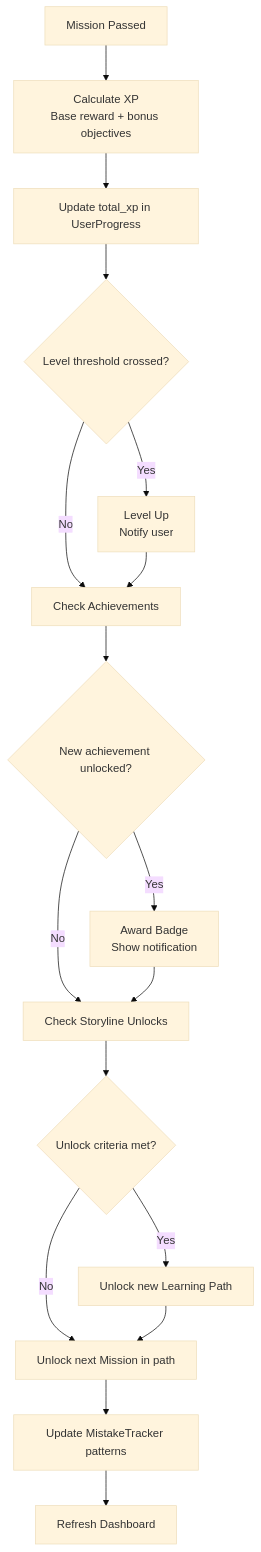
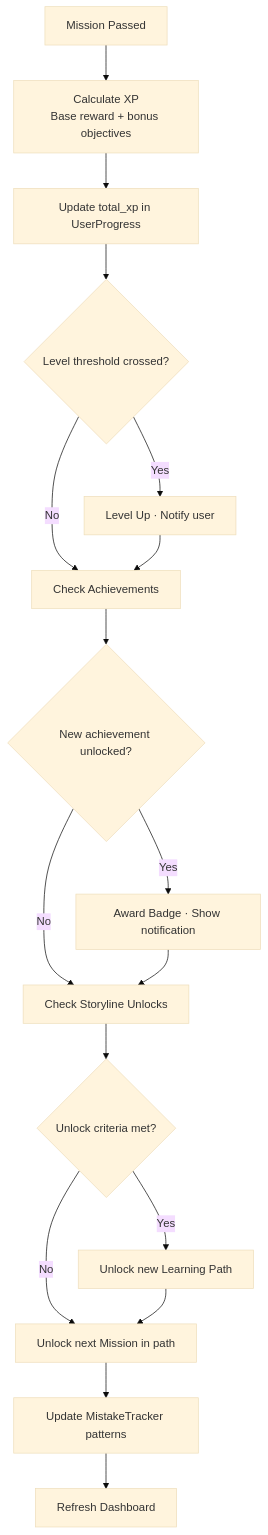
One commit to nevilshah235/systemquest changed the sixth of 7 diagrams in README.md. Above: the diagram before and after it, drawn with Mermaid (base theme). The commit also changed other lines of this file, not shown here.

````diff
--- a/README.md
+++ b/README.md
@@ -395,19 +453,19 @@
 ```mermaid
 flowchart TD
     A[Mission Passed] --> B[Calculate XP\nBase reward + bonus objectives]
     B --> C[Update total_xp in UserProgress]
     C --> D{Level threshold crossed?}
-    D -- Yes --> E[Level Up\nNotify user]
+    D -- Yes --> E[Level Up · Notify user]
     D -- No --> F[Check Achievements]
     E --> F
     F --> G{New achievement unlocked?}
-    G -- Yes --> H[Award Badge\nShow notification]
+    G -- Yes --> H[Award Badge · Show notification]
     G -- No --> I[Check Storyline Unlocks]
     H --> I
     I --> J{Unlock criteria met?}
     J -- Yes --> K[Unlock new Learning Path]
     J -- No --> L[Unlock next Mission in path]
     K --> L
     L --> M[Update MistakeTracker patterns]
     M --> N[Refresh Dashboard]
 ```
````
